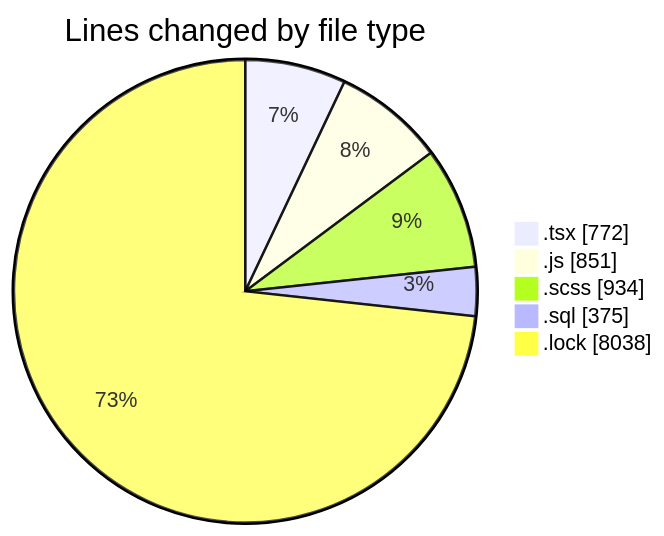
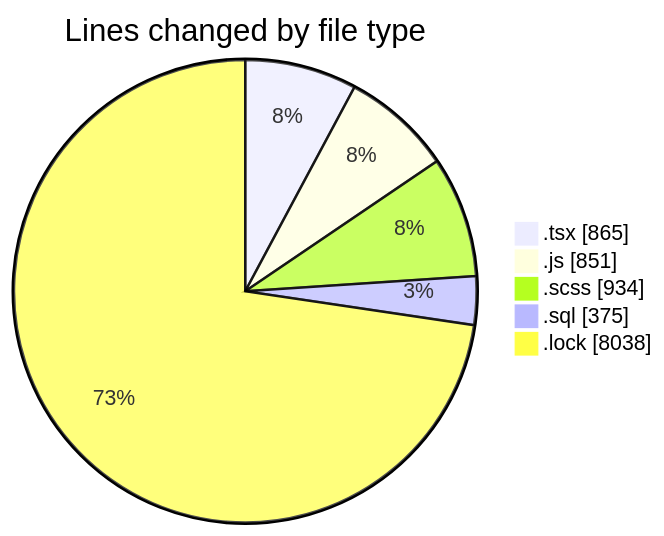
The first of 2 diagrams in 2025-03-18/cda/README.md (momahboobian/code-tracking), drawn with Mermaid before and after one commit. The commit also changed other lines of this file and 1 other file, not shown here.

````diff
--- a/2025-03-18/cda/README.md
+++ b/2025-03-18/cda/README.md
@@ -30,9 +30,9 @@
 ```mermaid
 pie showData
 title Lines changed by file type
-".tsx" : 772
+".tsx" : 865
 ".js" : 851
 ".scss" : 934
 ".sql" : 375
 ".lock" : 8038
 ```
````
